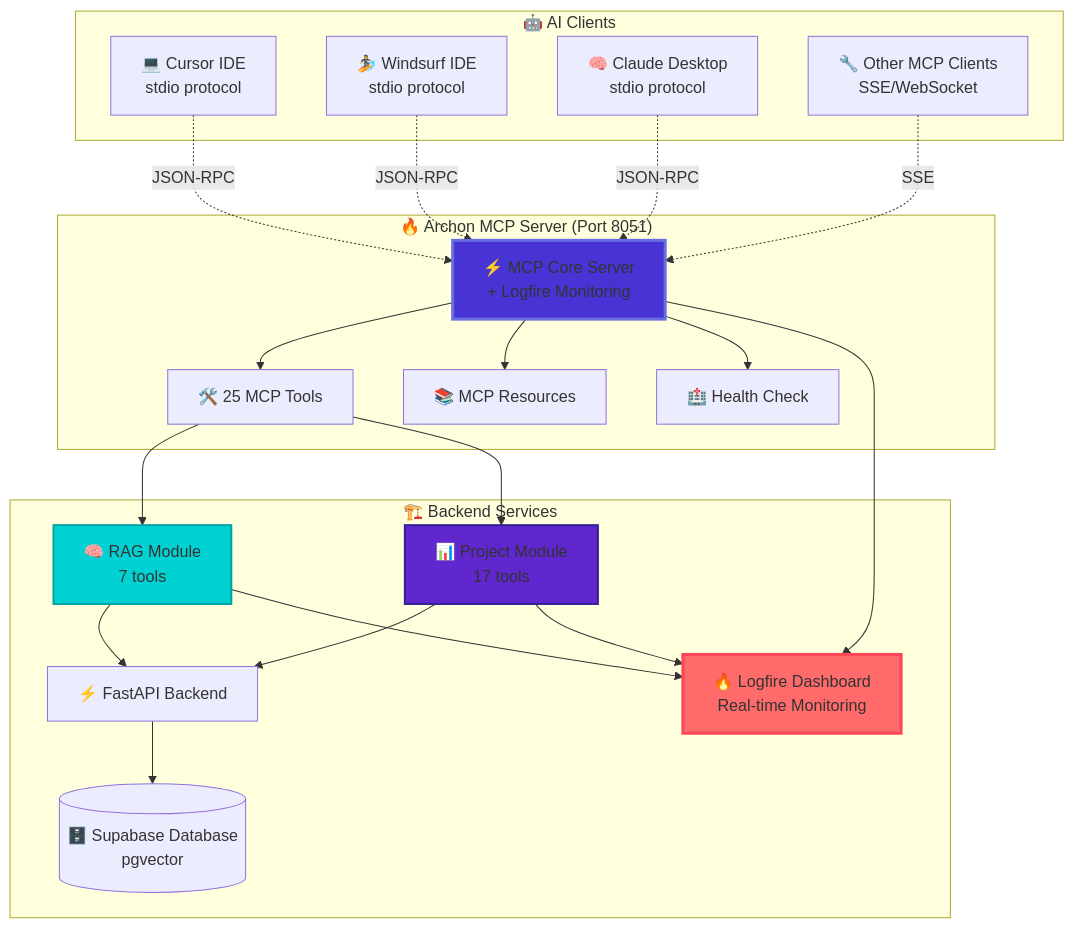
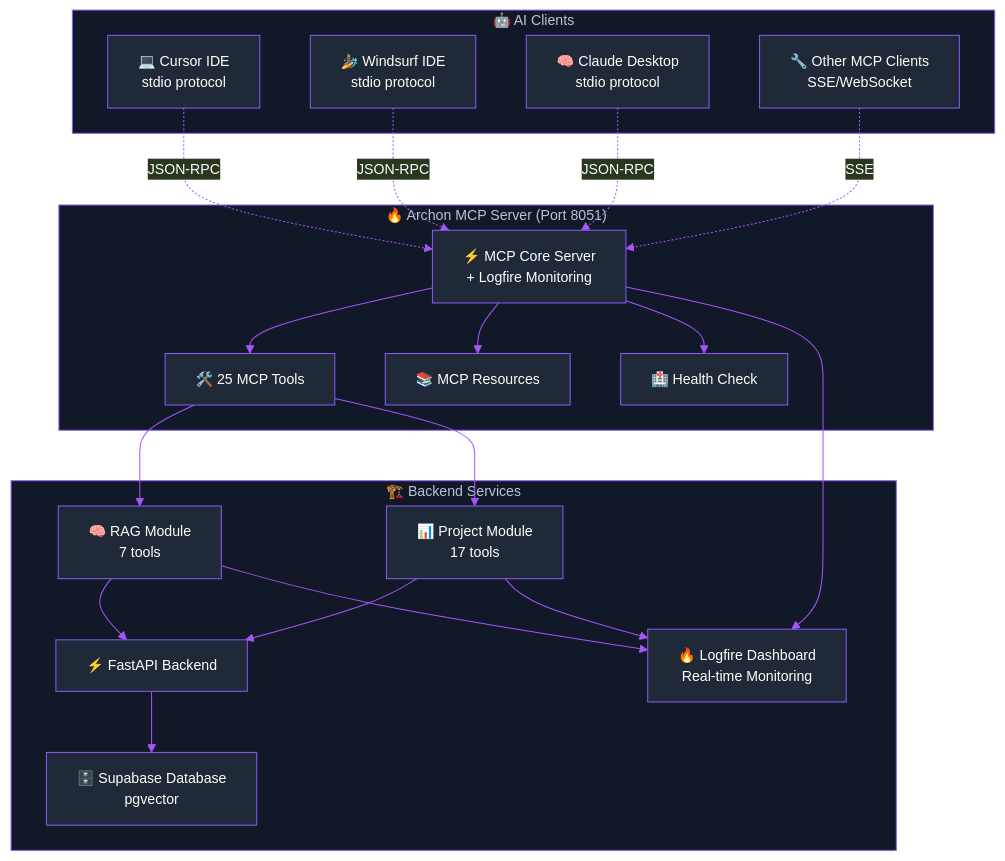
One commit to tarsonis125/mcp-crawl4ai-rag-ChromaDB-V1 changed the diagram in docs/docs/mcp-reference.mdx. Above: the diagram before and after it, drawn with Mermaid. The commit also changed 18 other files, not shown here.

````diff
--- a/docs/docs/mcp-reference.mdx
+++ b/docs/docs/mcp-reference.mdx
@@ -65,47 +65,60 @@
 ```mermaid
+%%{init:{
+  'theme':'base',
+  'themeVariables': {
+    'primaryColor':'#1f2937',
+    'primaryTextColor':'#ffffff',
+    'primaryBorderColor':'#8b5cf6',
+    'lineColor':'#a855f7',
+    'textColor':'#ffffff',
+    'fontFamily':'Inter',
+    'fontSize':'14px',
+    'background':'#000000',
+    'mainBkg':'#1f2937',
+    'secondBkg':'#111827',
+    'borderColor':'#8b5cf6',
+    'clusterBkg':'#111827',
+    'clusterBorder':'#8b5cf6'
+  }
+}}%%
 graph TB
     subgraph "🤖 AI Clients"
         Cursor["💻 Cursor IDE<br/>stdio protocol"]
         Windsurf["🏄 Windsurf IDE<br/>stdio protocol"]
         Claude["🧠 Claude Desktop<br/>stdio protocol"]
         Other["🔧 Other MCP Clients<br/>SSE/WebSocket"]
     end
     
     subgraph "🔥 Archon MCP Server (Port 8051)"
         MCPCore["⚡ MCP Core Server<br/>+ Logfire Monitoring"]
         Tools["🛠️ 25 MCP Tools"]
         Resources["📚 MCP Resources"]
         Health["🏥 Health Check"]
     end
     
     subgraph "🏗️ Backend Services"
         RAGModule["🧠 RAG Module<br/>7 tools"]
         ProjectModule["📊 Project Module<br/>17 tools"]
         FastAPI["⚡ FastAPI Backend"]
-        Supabase[("🗄️ Supabase Database<br/>pgvector")]
+        Supabase["🗄️ Supabase Database<br/>pgvector"]
         Logfire["🔥 Logfire Dashboard<br/>Real-time Monitoring"]
     end
     
     Cursor -.->|JSON-RPC| MCPCore
     Windsurf -.->|JSON-RPC| MCPCore
     Claude -.->|JSON-RPC| MCPCore
     Other -.->|SSE| MCPCore
     
     MCPCore --> Tools
     MCPCore --> Resources
     MCPCore --> Health
     
     Tools --> RAGModule
     Tools --> ProjectModule
     RAGModule --> FastAPI
     ProjectModule --> FastAPI
     FastAPI --> Supabase
     MCPCore --> Logfire
     RAGModule --> Logfire
     ProjectModule --> Logfire
-
-    style MCPCore fill:#4834d4,stroke:#686de0,stroke-width:3px
-    style Logfire fill:#ff6b6b,stroke:#ff4757,stroke-width:3px
-    style RAGModule fill:#00d2d3,stroke:#01a3a4,stroke-width:2px
-    style ProjectModule fill:#5f27cd,stroke:#341f97,stroke-width:2px
 ```
````
